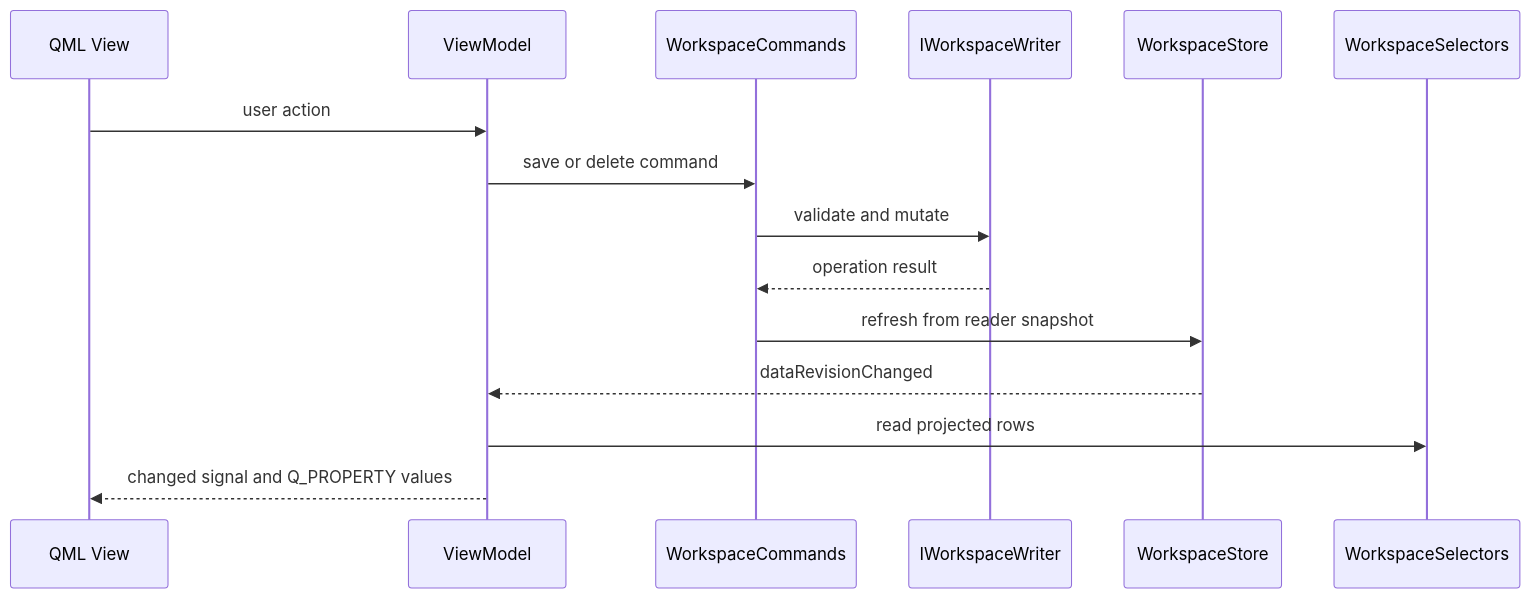
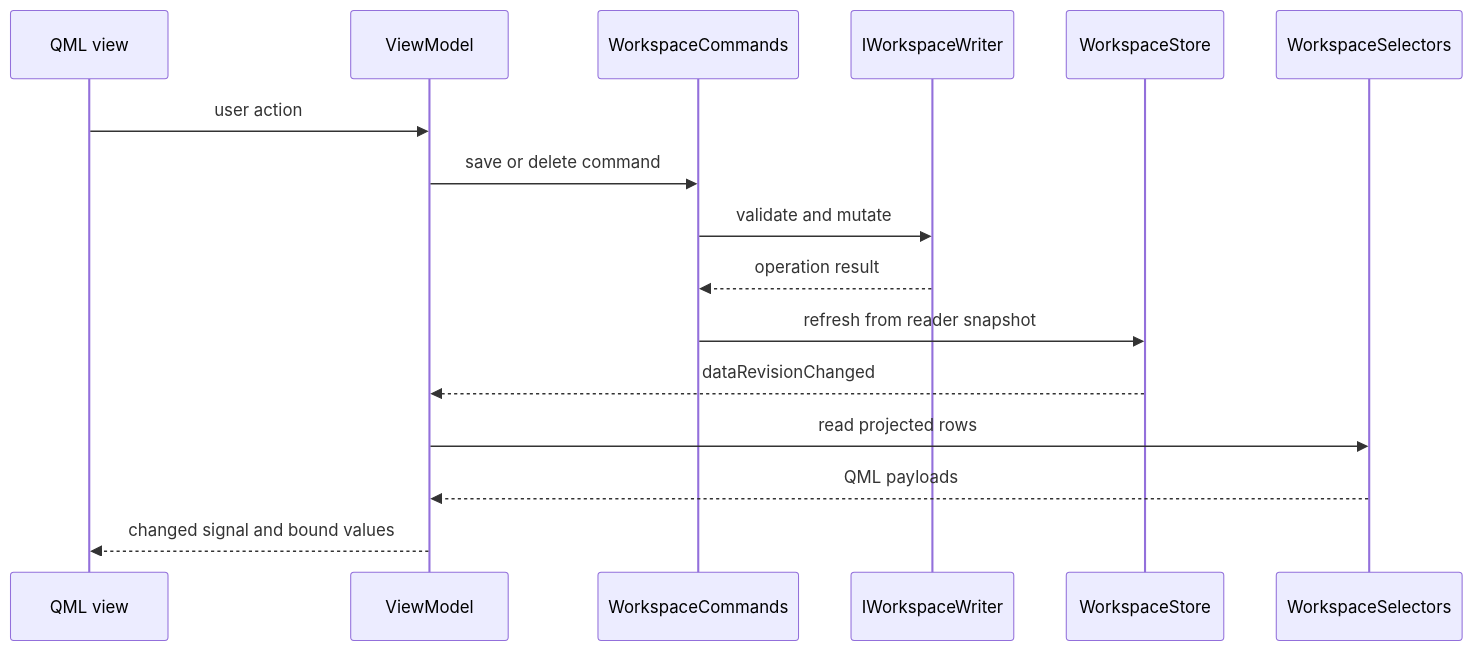
Before and after one commit to Wiiii90/FOSSredder: diagram 16 of 19 in docs/DESIGN.md, drawn with Mermaid. The commit also changed other lines of this file and 6 other files, not shown here.

````diff
--- a/docs/DESIGN.md
+++ b/docs/DESIGN.md
@@ -1448,18 +1121,19 @@
 ```mermaid
 sequenceDiagram
-    participant QML as QML View
+    participant QML as QML view
     participant VM as ViewModel
     participant Commands as WorkspaceCommands
     participant Writer as IWorkspaceWriter
     participant Store as WorkspaceStore
     participant Selectors as WorkspaceSelectors
 
     QML->>VM: user action
     VM->>Commands: save or delete command
     Commands->>Writer: validate and mutate
     Writer-->>Commands: operation result
     Commands->>Store: refresh from reader snapshot
     Store-->>VM: dataRevisionChanged
     VM->>Selectors: read projected rows
-    VM-->>QML: changed signal and Q_PROPERTY values
+    Selectors-->>VM: QML payloads
+    VM-->>QML: changed signal and bound values
 ```
````
